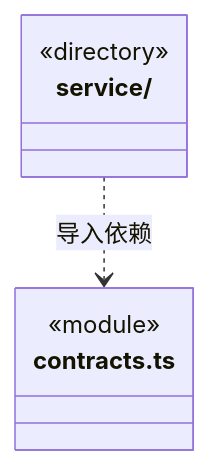
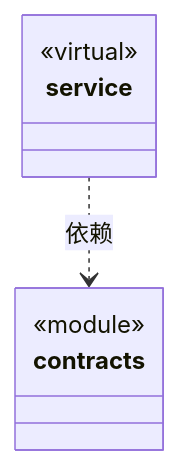
The diagram in src/logic/materials/ARCHITECTURE.md (nan023062/cbim), drawn with Mermaid before and after one commit. The commit also changed other lines of this file and 158 other files, not shown here.

Commit message:
docs: model architecture through nested virtual encapsulations

````diff
--- a/src/logic/materials/ARCHITECTURE.md
+++ b/src/logic/materials/ARCHITECTURE.md
@@ -38,10 +19,12 @@
 ```mermaid
 classDiagram
-class N_src_logic_materials_service["service/"] {
-  <<directory>>
-}
-class N_src_logic_materials_contracts_ts["contracts.ts"] {
+class N_b367b1c8d7bc["contracts"] {
   <<module>>
 }
-N_src_logic_materials_service ..> N_src_logic_materials_contracts_ts : 导入依赖
+click N_b367b1c8d7bc href "contracts.ts"
+class N_fb17e9ae8c88["service"] {
+  <<virtual>>
+}
+click N_fb17e9ae8c88 href "service/ARCHITECTURE.md"
+N_fb17e9ae8c88 ..> N_b367b1c8d7bc : 依赖
 ```
````
